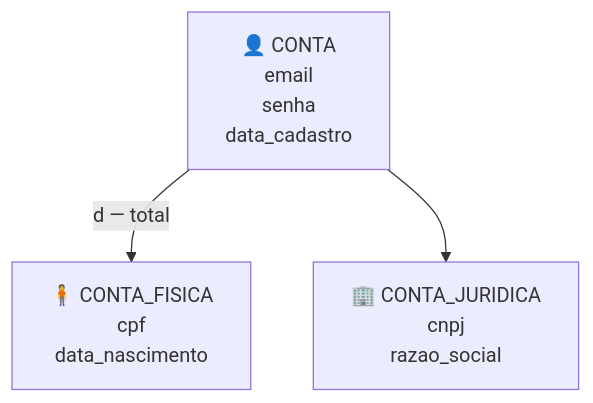
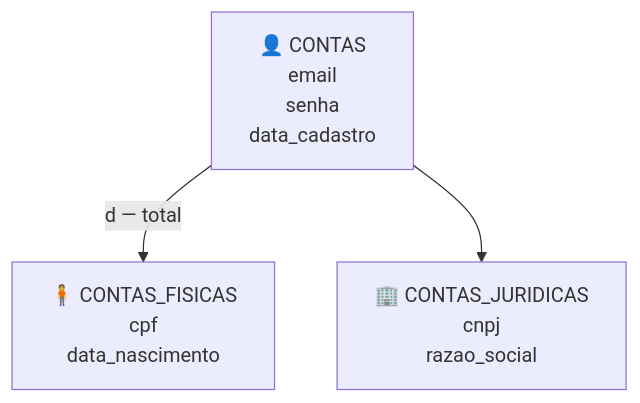
The ninth of 15 diagrams in docs/aulas/Aula_02_Modelagem_Entidades.md (GTI-Fatec-Jahu/BDA-GTI-2026-2), drawn with Mermaid before and after one commit. The commit also changed other lines of this file and 5 other files, not shown here.

````diff
--- a/docs/aulas/Aula_02_Modelagem_Entidades.md
+++ b/docs/aulas/Aula_02_Modelagem_Entidades.md
@@ -366,18 +366,18 @@
 ```mermaid
 flowchart TB
-    CONTA["👤 CONTA
+    CONTAS["👤 CONTAS
     email
     senha
     data_cadastro"]
 
-    FISICA["🧍 CONTA_FISICA
+    FISICA["🧍 CONTAS_FISICAS
     cpf
     data_nascimento"]
 
-    JURIDICA["🏢 CONTA_JURIDICA
+    JURIDICA["🏢 CONTAS_JURIDICAS
     cnpj
     razao_social"]
 
-    CONTA -->|"d — total"| FISICA
-    CONTA --> JURIDICA
+    CONTAS -->|"d — total"| FISICA
+    CONTAS --> JURIDICA
 ```
````
